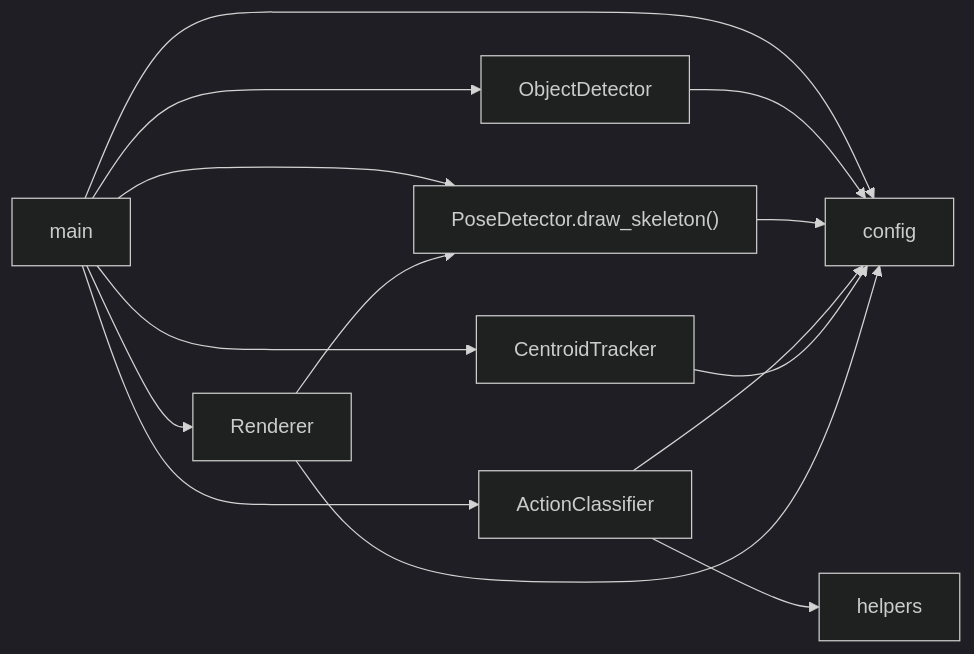
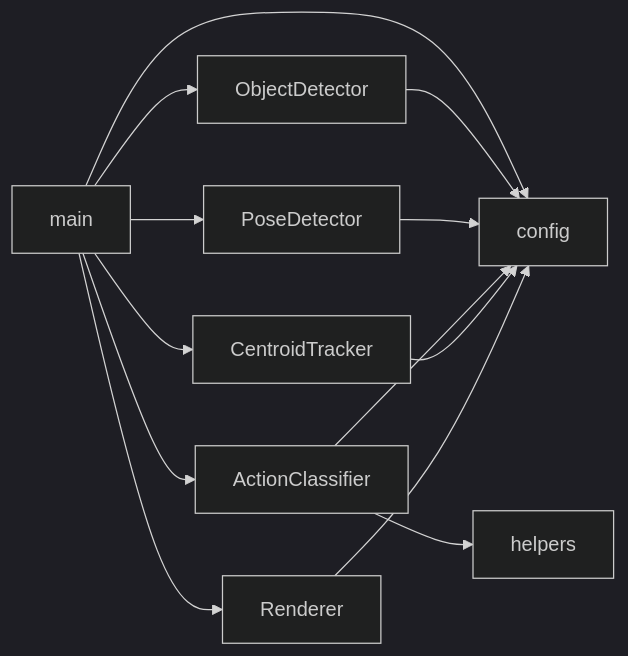
The second of 2 diagrams in README.md (Babar-Meet/Activity-detaction), drawn with Mermaid (dark theme) before and after one commit. The commit also changed other lines of this file and 1 other file, not shown here.

````diff
--- a/README.md
+++ b/README.md
@@ -393,17 +401,16 @@
 ```mermaid
 flowchart LR
     main --> config
     main --> ObjectDetector
     main --> PoseDetector
     main --> ActionClassifier
     main --> CentroidTracker
     main --> Renderer
 
     ObjectDetector --> config
     PoseDetector --> config
     ActionClassifier --> config
     ActionClassifier --> helpers
     CentroidTracker --> config
     Renderer --> config
-    Renderer --> PoseDetector["PoseDetector.draw_skeleton()"]
 ```
````
